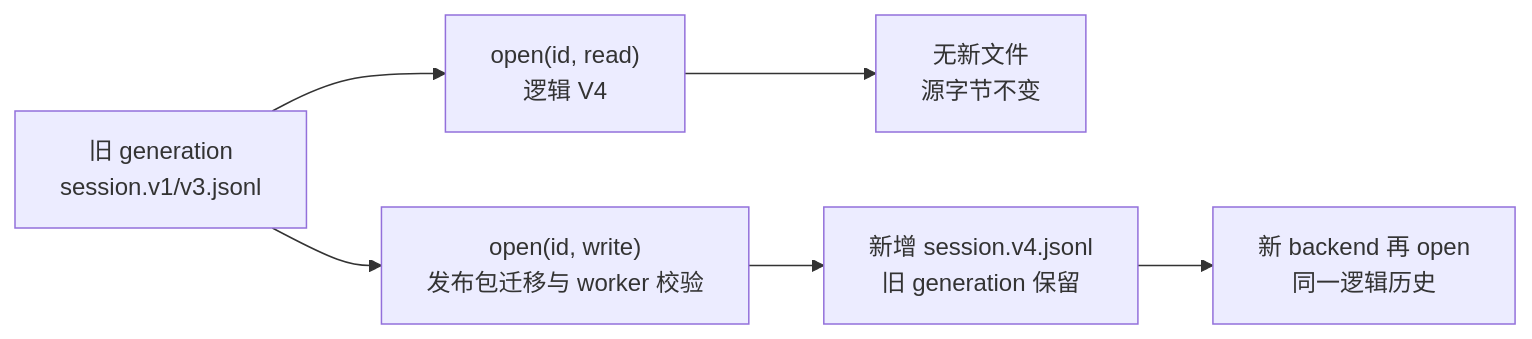
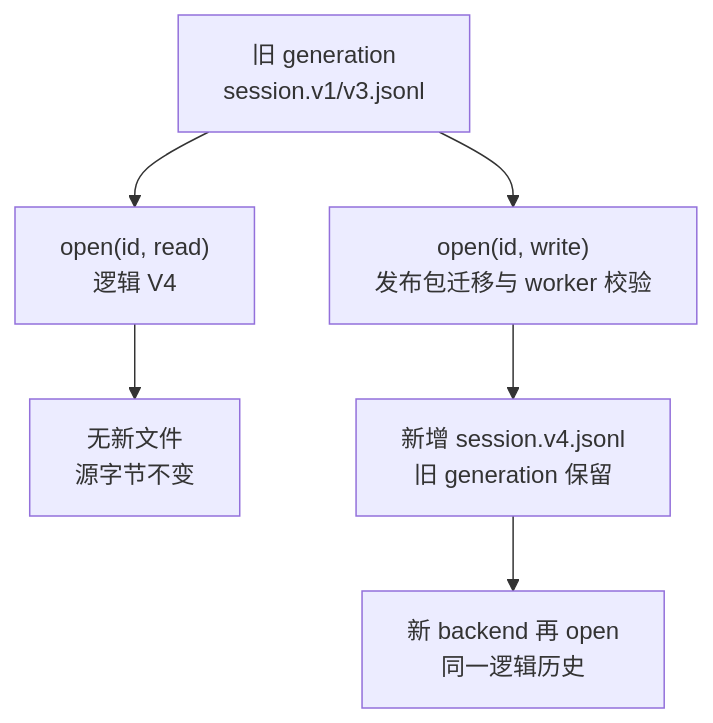
One commit to eriklee1895/hands-on-dsh changed the diagram in labs/session-format-migration/README.md. Above: the diagram before and after it, drawn with Mermaid. The commit also changed other lines of this file and 86 other files, not shown here.

Commit message:
docs: improve course narrative, technical guidance, and diagrams

````diff
--- a/labs/session-format-migration/README.md
+++ b/labs/session-format-migration/README.md
@@ -46,8 +55,8 @@
 ```mermaid
-flowchart LR
+flowchart TD
     A["旧 generation<br/>session.v1/v3.jsonl"] --> B["open(id, read)<br/>逻辑 V4"]
     B --> C["无新文件<br/>源字节不变"]
     A --> D["open(id, write)<br/>发布包迁移与 worker 校验"]
     D --> E["新增 session.v4.jsonl<br/>旧 generation 保留"]
     E --> F["新 backend 再 open<br/>同一逻辑历史"]
 ```
````
